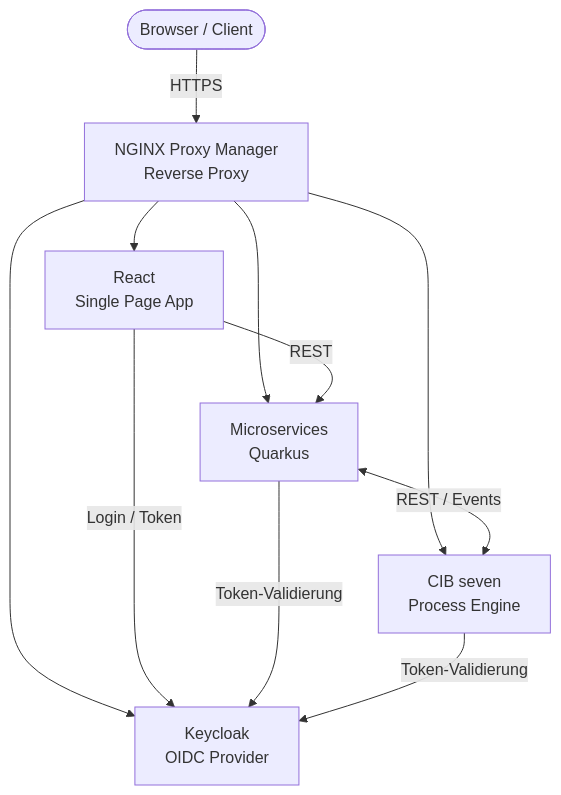
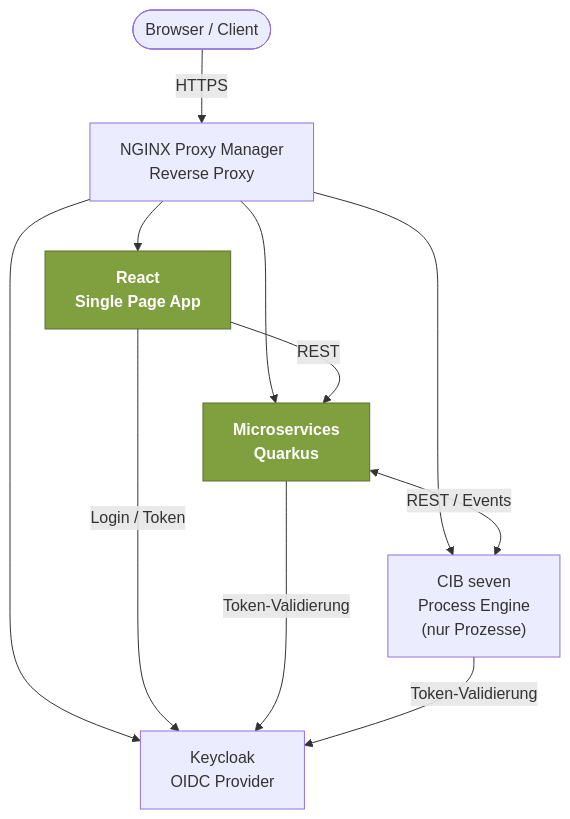
The diagram in docs/technik/architektur.md (d135-1r43/winfprojekt), drawn with Mermaid before and after one commit. The commit also changed other lines of this file, not shown here.

Commit message:
Systemarchitektur: Eigene Komponenten grün markiert, CIB-Hinweis ergänzt

````diff
--- a/docs/technik/architektur.md
+++ b/docs/technik/architektur.md
@@ -11,22 +11,25 @@
 ```mermaid
 graph TD
     Browser(["Browser / Client"])
     NGINX["NGINX Proxy Manager\nReverse Proxy"]
     UI["React\nSingle Page App"]
     MS["Microservices\nQuarkus"]
-    CIB["CIB seven\nProcess Engine"]
+    CIB["CIB seven\nProcess Engine\n(nur Prozesse)"]
     Keycloak["Keycloak\nOIDC Provider"]
 
     Browser -->|HTTPS| NGINX
     NGINX --> UI
     NGINX --> MS
     NGINX --> CIB
     NGINX --> Keycloak
 
     UI -->|REST| MS
     UI -->|Login / Token| Keycloak
 
     MS <-->|REST / Events| CIB
     MS -->|Token-Validierung| Keycloak
     CIB -->|Token-Validierung| Keycloak
+
+    classDef developed fill:#80a040,stroke:#5a7030,color:#ffffff,font-weight:bold
+    class UI,MS developed
 ```
````
